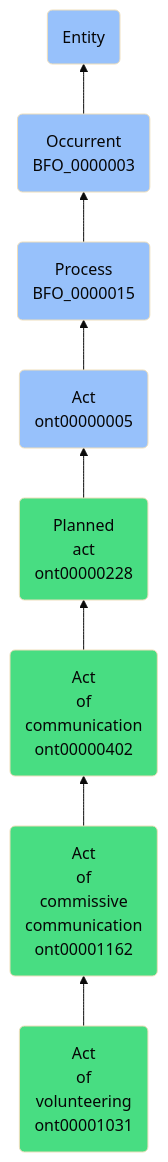
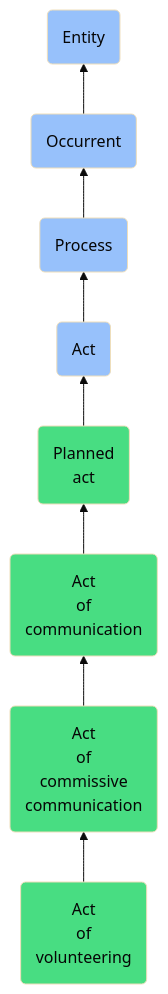
The diagram in docs/ontology/reference/model/Entity/Occurrent/Process/Act/Planned act/Act of communication/Act of commissive communication/Act of volunteering/Act of volunteering.md (jupyter-naas/abi), drawn with Mermaid (base theme) before and after one commit. The commit also changed other lines of this file and 1430 other files, not shown here.

````diff
--- a/docs/ontology/reference/model/Entity/Occurrent/Process/Act/Planned act/Act of communication/Act of commissive communication/Act of volunteering/Act of volunteering.md
+++ b/docs/ontology/reference/model/Entity/Occurrent/Process/Act/Planned act/Act of communication/Act of commissive communication/Act of volunteering/Act of volunteering.md
@@ -25,15 +25,15 @@
 ```mermaid
 graph BT
-    ont00001031(Act<br>of<br>volunteering<br>ont00001031):::ABI-->ont00001162
-    ont00001162(Act<br>of<br>commissive<br>communication<br>ont00001162):::ABI-->ont00000402
-    ont00000402(Act<br>of<br>communication<br>ont00000402):::ABI-->ont00000228
-    ont00000228(Planned<br>act<br>ont00000228):::ABI-->ont00000005
-    ont00000005(Act<br>ont00000005):::BFO-->BFO_0000015
-    BFO_0000015(Process<br>BFO_0000015):::BFO-->BFO_0000003
-    BFO_0000003(Occurrent<br>BFO_0000003):::BFO-->BFO_0000001
+    ont00001031(Act<br>of<br>volunteering):::ABI-->ont00001162
+    ont00001162(Act<br>of<br>commissive<br>communication):::ABI-->ont00000402
+    ont00000402(Act<br>of<br>communication):::ABI-->ont00000228
+    ont00000228(Planned<br>act):::ABI-->ont00000005
+    ont00000005(Act):::BFO-->BFO_0000015
+    BFO_0000015(Process):::BFO-->BFO_0000003
+    BFO_0000003(Occurrent):::BFO-->BFO_0000001
     BFO_0000001(Entity):::BFO
     
     classDef BFO fill:#97c1fb,color:#060606
     classDef CCO fill:#e4c51e,color:#060606
     classDef ABI fill:#48DD82,color:#060606
 ```
````
